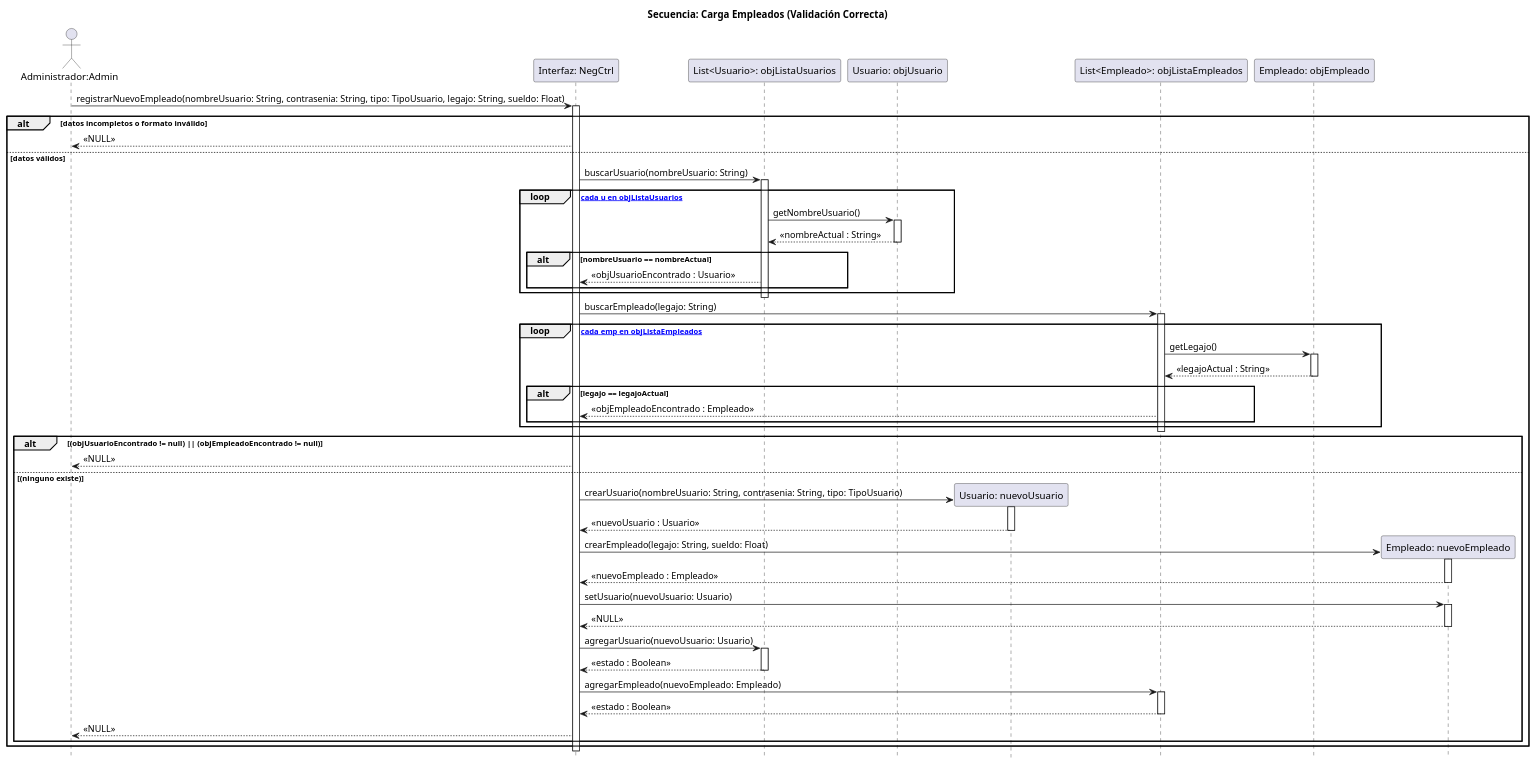
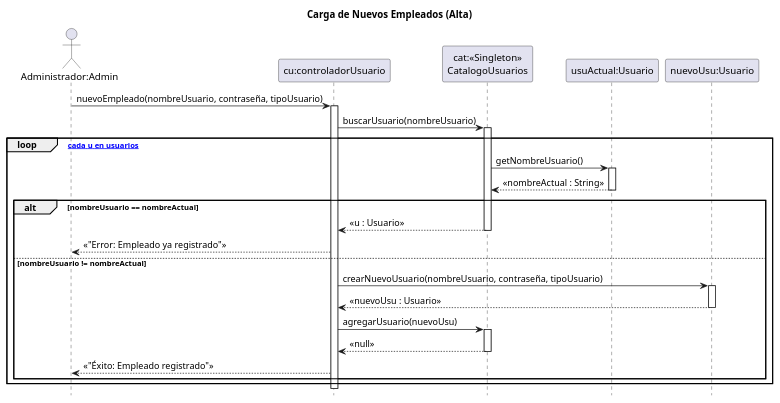
One commit to zEzequR/PF-I changed the diagram in 08 - Diagramas de Secuencia de Diseño/CargaEmpleados/CargaEmpleados.puml. Above: the diagram before and after it, drawn with PlantUML. The commit also changed 3 other files, not shown here.

Commit message:
Diagrama de diseño-Carga

```diff
--- a/08 - Diagramas de Secuencia de Diseño/CargaEmpleados/CargaEmpleados.puml
+++ b/08 - Diagramas de Secuencia de Diseño/CargaEmpleados/CargaEmpleados.puml
@@ -1,92 +1,51 @@
 @startuml
-title Secuencia: Carga Empleados (Validación Correcta)
+title Carga de Nuevos Empleados (Alta)
 
 hide footbox
 
 actor "Administrador:Admin" as admin
-participant "Interfaz: NegCtrl" as NegCtrl
+participant "cu:controladorUsuario" as ctrl
+participant "cat:<<Singleton>>\nCatalogoUsuarios" as cat
+participant "usuActual:Usuario" as usu_actual
+participant "nuevoUsu:Usuario" as nuevo_usu
 
-participant "List<Usuario>: objListaUsuarios" as listaUser
-participant "Usuario: objUsuario" as user
-participant "Usuario: nuevoUsuario" as newUser
+admin -> ctrl : nuevoEmpleado(nombreUsuario, contraseña, tipoUsuario)
+activate ctrl
 
-participant "List<Empleado>: objListaEmpleados" as listaEmp
-participant "Empleado: objEmpleado" as emp
-participant "Empleado: nuevoEmpleado" as newEmp
+ctrl -> cat : buscarUsuario(nombreUsuario)
+activate cat
 
+loop [para cada u en usuarios]
+    cat -> usu_actual : getNombreUsuario()
+    activate usu_actual
+    usu_actual --> cat : << nombreActual : String >>
+    deactivate usu_actual
+    
+    alt nombreUsuario == nombreActual
+        cat --> ctrl : << u : Usuario >>
+        deactivate cat
+        
+        ctrl --> admin : << "Error: Empleado ya registrado" >>
 
-admin -> NegCtrl : registrarNuevoEmpleado(nombreUsuario: String, contrasenia: String, tipo: TipoUsuario, legajo: String, sueldo: Float)
-activate NegCtrl
+    else nombreUsuario != nombreActual
 
-    alt datos incompletos o formato inválido
-        NegCtrl --> admin : <<NULL>>
-    else datos válidos
-    
-        NegCtrl -> listaUser : buscarUsuario(nombreUsuario: String)
-        activate listaUser
+        deactivate cat
         
-        loop [para cada u en objListaUsuarios]
-            listaUser -> user : getNombreUsuario()
-            activate user
-            user --> listaUser : << nombreActual : String >>
-            deactivate user
-            
-            alt nombreUsuario == nombreActual
-                listaUser --> NegCtrl : << objUsuarioEncontrado : Usuario >>
-            end
-        end
-        deactivate listaUser
+        ctrl -> nuevo_usu : crearNuevoUsuario(nombreUsuario, contraseña, tipoUsuario)
+        activate nuevo_usu
+        nuevo_usu --> ctrl : << nuevoUsu : Usuario >>
+        deactivate nuevo_usu
 
-        NegCtrl -> listaEmp : buscarEmpleado(legajo: String)
-        activate listaEmp
+        ctrl -> cat : agregarUsuario(nuevoUsu)
+        activate cat
         
-        loop [para cada emp en objListaEmpleados]
-            listaEmp -> emp : getLegajo()
-            activate emp
-            emp --> listaEmp : << legajoActual : String >>
-            deactivate emp
-            
-            alt legajo == legajoActual
-                listaEmp --> NegCtrl : << objEmpleadoEncontrado : Empleado >>
-            end
-        end
-        deactivate listaEmp
-
-        alt (objUsuarioEncontrado != null) || (objEmpleadoEncontrado != null)
-            
-            NegCtrl --> admin : <<NULL>>
-            
-        else (ninguno existe)
-            
-            NegCtrl -> newUser ** : crearUsuario(nombreUsuario: String, contrasenia: String, tipo: TipoUsuario)
-            activate newUser
-            newUser --> NegCtrl : << nuevoUsuario : Usuario >>
-            deactivate newUser
-
-            NegCtrl -> newEmp ** : crearEmpleado(legajo: String, sueldo: Float)
-            activate newEmp
-            newEmp --> NegCtrl : << nuevoEmpleado : Empleado >>
-            deactivate newEmp
-
-            NegCtrl -> newEmp : setUsuario(nuevoUsuario: Usuario)
-            activate newEmp
-            newEmp --> NegCtrl : <<NULL>>
-            deactivate newEmp
-
-            NegCtrl -> listaUser : agregarUsuario(nuevoUsuario: Usuario)
-            activate listaUser
-            listaUser --> NegCtrl : << estado : Boolean >>
-            deactivate listaUser
-
-            NegCtrl -> listaEmp : agregarEmpleado(nuevoEmpleado: Empleado)
-            activate listaEmp
-            listaEmp --> NegCtrl : << estado : Boolean >>
-            deactivate listaEmp
-
-            NegCtrl --> admin : <<NULL>>
-        end
+        cat --> ctrl : << null >>
+        deactivate cat
+        
+        ctrl --> admin : << "Éxito: Empleado registrado" >>
         
     end
+end
 
-deactivate NegCtrl
+deactivate ctrl
 @enduml
```
